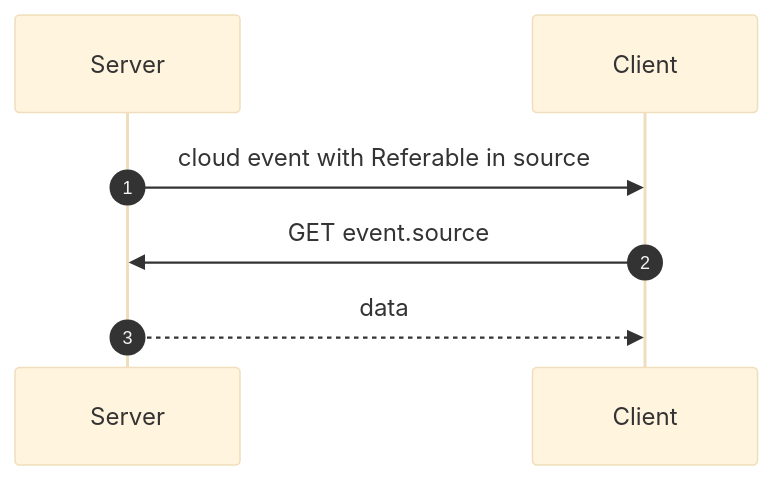
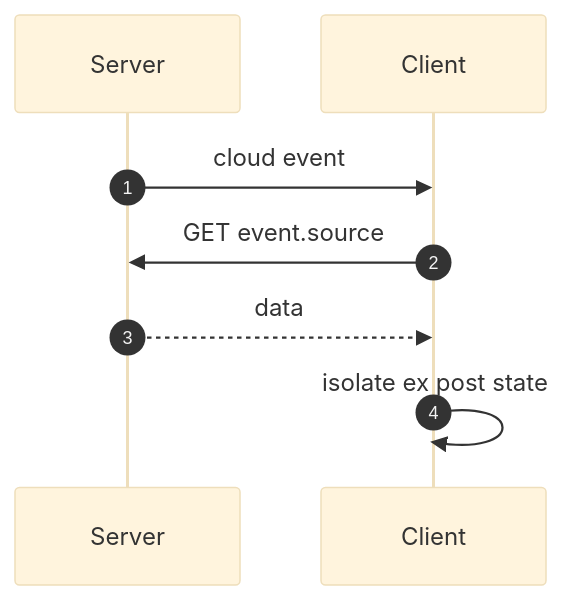
Before and after one commit to factory-x-contributions/async-aas-helm: the first of 2 diagrams in specs/README.md, drawn with Mermaid (base theme). The commit also changed other lines of this file, not shown here.

````diff
--- a/specs/README.md
+++ b/specs/README.md
@@ -19,7 +20,8 @@
 ```mermaid
 sequenceDiagram
     autonumber
-    Server->>Client: cloud event with Referable in source
+    Server->>Client: cloud event
     Client->>Server: GET event.source
     Server-->>Client: data
+    Client->>Client: isolate ex post state
 ```
````
